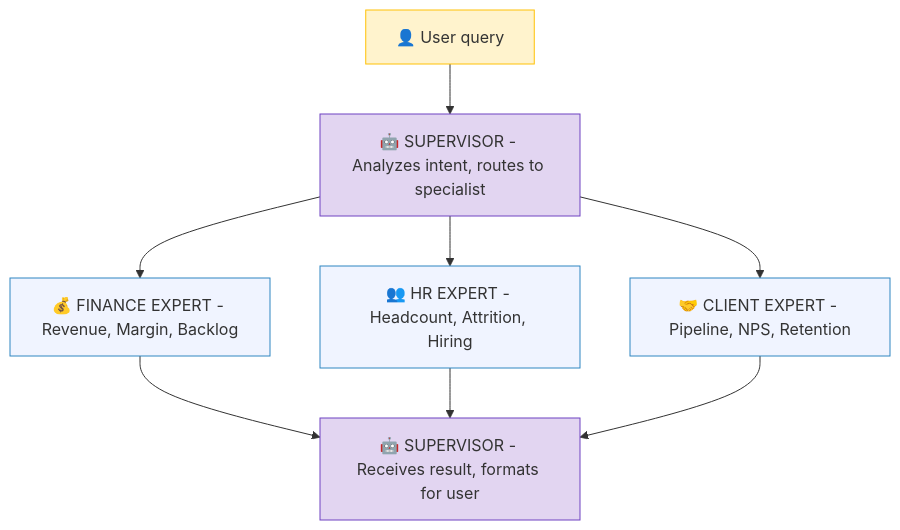
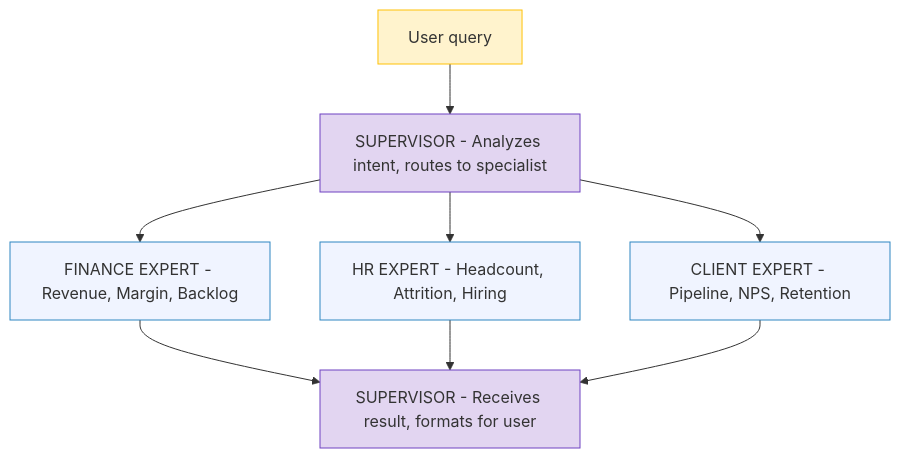
Before and after one commit to ithinktavo/GenAI-Engineering-Handbook: the fourth of 8 diagrams in docs/09-orchestration-patterns.md, drawn with Mermaid. The commit also changed other lines of this file and 10 other files, not shown here.

Commit message:
Diagram updates

````diff
--- a/docs/09-orchestration-patterns.md
+++ b/docs/09-orchestration-patterns.md
@@ -123,21 +123,21 @@
 ```mermaid
 graph TD
-    User["👤 User query"] --> Sup1
-    Sup1["🤖 SUPERVISOR - Analyzes intent, routes to specialist"]
-    Fin["💰 FINANCE EXPERT - Revenue, Margin, Backlog"]
-    HR["👥 HR EXPERT - Headcount, Attrition, Hiring"]
-    Client["🤝 CLIENT EXPERT - Pipeline, NPS, Retention"]
-    Sup2["🤖 SUPERVISOR - Receives result, formats for user"]
+    User["User query"] --> Sup1
+    Sup1["SUPERVISOR - Analyzes intent, routes to specialist"]
+    Fin["FINANCE EXPERT - Revenue, Margin, Backlog"]
+    HR["HR EXPERT - Headcount, Attrition, Hiring"]
+    Client["CLIENT EXPERT - Pipeline, NPS, Retention"]
+    Sup2["SUPERVISOR - Receives result, formats for user"]
 
     Sup1 --> Fin & HR & Client
     Fin --> Sup2
     HR --> Sup2
     Client --> Sup2
 
     style User fill:#fff3cd,stroke:#ffc107
     style Sup1 fill:#e2d5f1,stroke:#6f42c1
     style Sup2 fill:#e2d5f1,stroke:#6f42c1
     style Fin fill:#f0f4ff,stroke:#2E86C1
     style HR fill:#f0f4ff,stroke:#2E86C1
     style Client fill:#f0f4ff,stroke:#2E86C1
 ```
````
